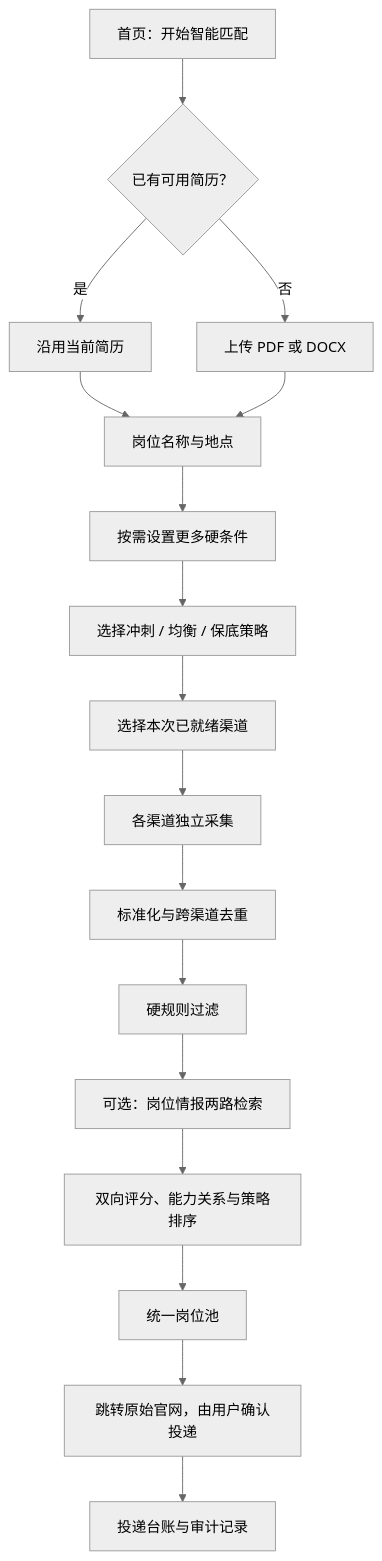
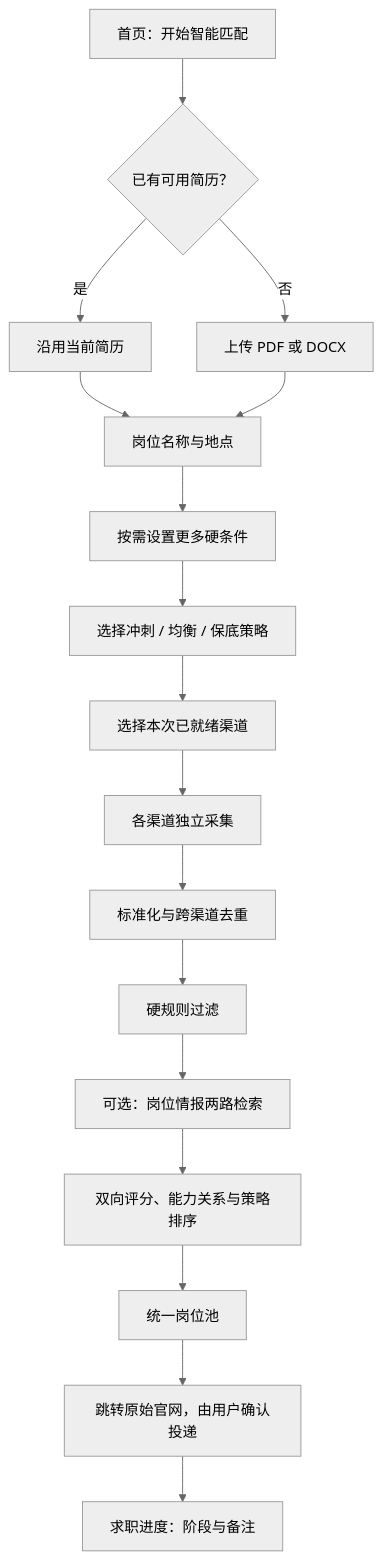
Before and after one commit to dailaor/job-agent: the diagram in docs/MAINTENANCE.md, drawn with Mermaid (neutral theme). The commit also changed other lines of this file and 31 other files, not shown here.

````diff
--- a/docs/MAINTENANCE.md
+++ b/docs/MAINTENANCE.md
@@ -9,19 +9,19 @@
 ```mermaid
 flowchart TD
     A["首页：开始智能匹配"] --> B{"已有可用简历？"}
     B -->|"是"| C["沿用当前简历"]
     B -->|"否"| D["上传 PDF 或 DOCX"]
     C --> E["岗位名称与地点"]
     D --> E
     E --> F["按需设置更多硬条件"]
     F --> G["选择冲刺 / 均衡 / 保底策略"]
     G --> H["选择本次已就绪渠道"]
     H --> I["各渠道独立采集"]
     I --> J["标准化与跨渠道去重"]
     J --> K["硬规则过滤"]
     K --> KA["可选：岗位情报两路检索"]
     KA --> L["双向评分、能力关系与策略排序"]
     L --> M["统一岗位池"]
     M --> N["跳转原始官网，由用户确认投递"]
-    N --> O["投递台账与审计记录"]
+    N --> O["求职进度：阶段与备注"]
 ```
````
